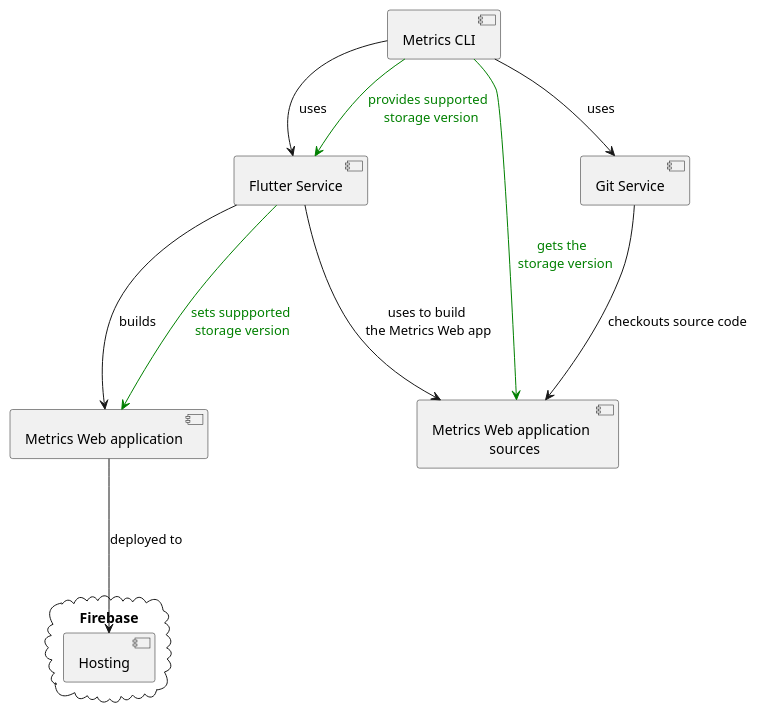
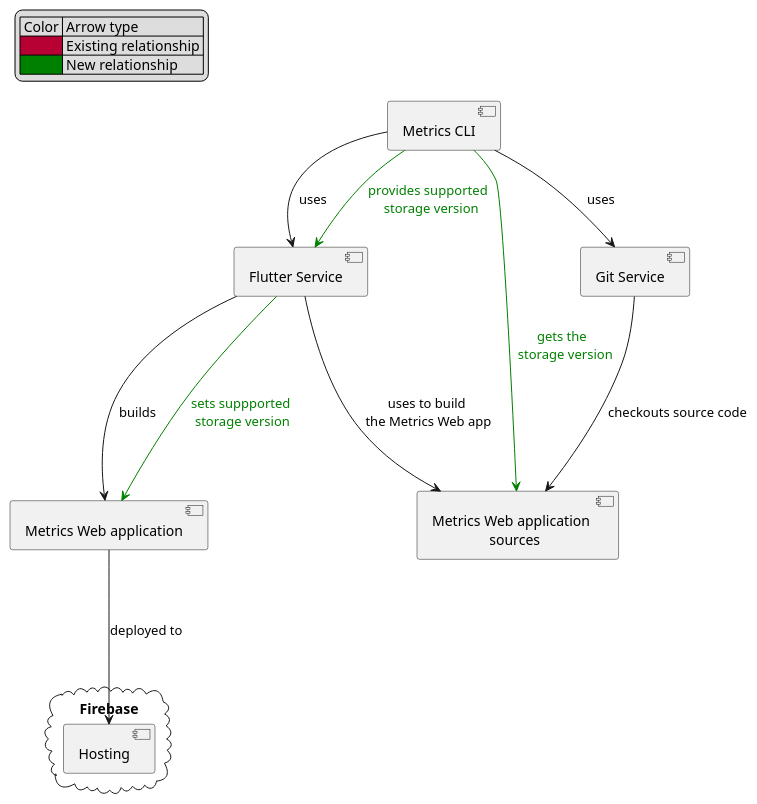
The diagram in metrics/cli/docs/features/supported_storage_version/diagrams/storage_version_components_diagram.puml (Flank/flank-dashboard), drawn with PlantUML before and after one commit. The commit also changed 1 other file, not shown here.

Commit message:
Add diagram legend and wording improvements

```diff
--- a/metrics/cli/docs/features/supported_storage_version/diagrams/storage_version_components_diagram.puml
+++ b/metrics/cli/docs/features/supported_storage_version/diagrams/storage_version_components_diagram.puml
@@ -1,30 +1,36 @@
 @startuml storage_version_components
 
 skinparam defaultTextAlignment center
+
+legend top left
+    | Color | Arrow type |
+    |<#B70033>| Existing relationship |
+    |<#Green>| New relationship |
+endlegend
 
 component "Flutter Service" as flutter_service
 ' component "Firebase Service" as firebase_service
 component "Git Service" as git_service
 
 component "Metrics CLI" as metrics_cli
 
 component "Metrics Web application \l sources" as metrics_web_sources
 component "Metrics Web application" as metrics_web_app
 
 cloud "Firebase" {
     component Hosting as hosting
 }
 
 metrics_cli --> flutter_service : uses
 metrics_cli -[#Green]-> flutter_service : <color:green>provides supported \n <color:green>storage version
 metrics_cli --> git_service : uses
 
 flutter_service --[#Green]-> metrics_web_app : <color:green>sets suppported\n <color:green>storage version
 flutter_service ---> metrics_web_sources : uses to build\n the Metrics Web app
 flutter_service ---> metrics_web_app : builds
 git_service ---> metrics_web_sources : checkouts source code
 metrics_web_app ---> hosting : deployed to
 
 metrics_cli -[#Green]--> metrics_web_sources : <color:green>gets the\n <color:green> storage version
 
 @enduml
```
